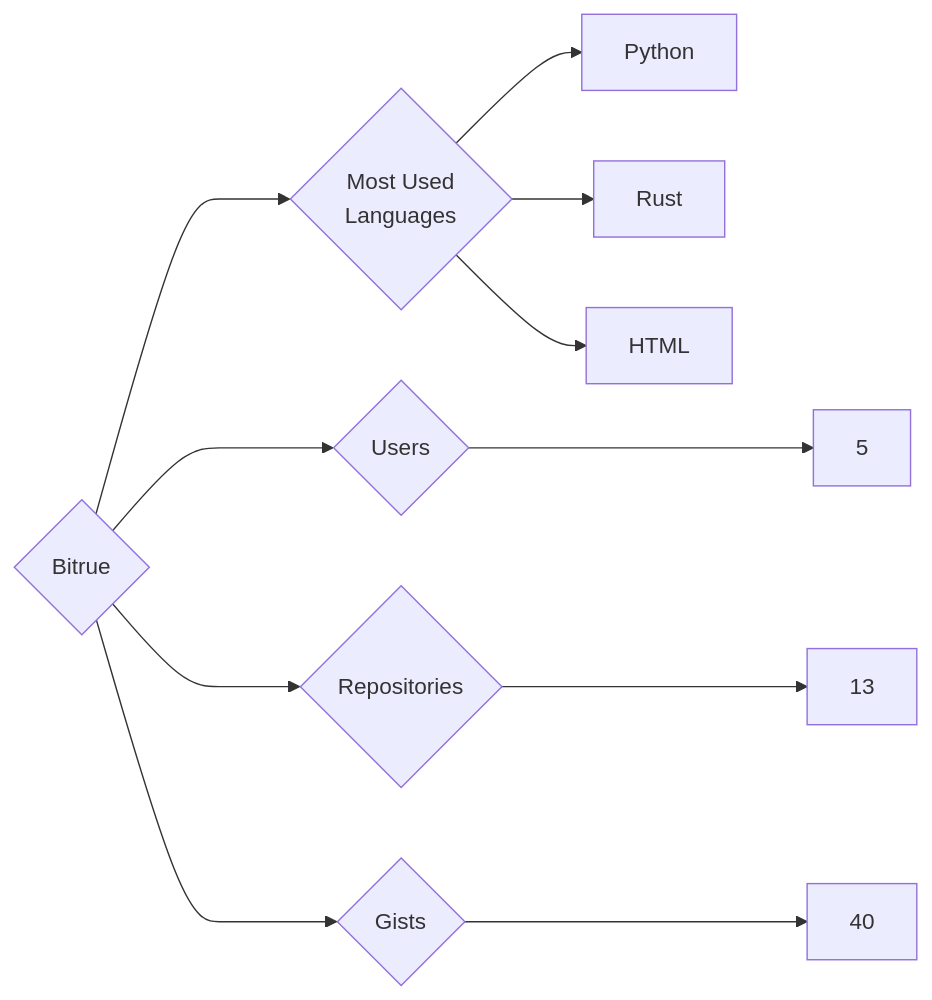
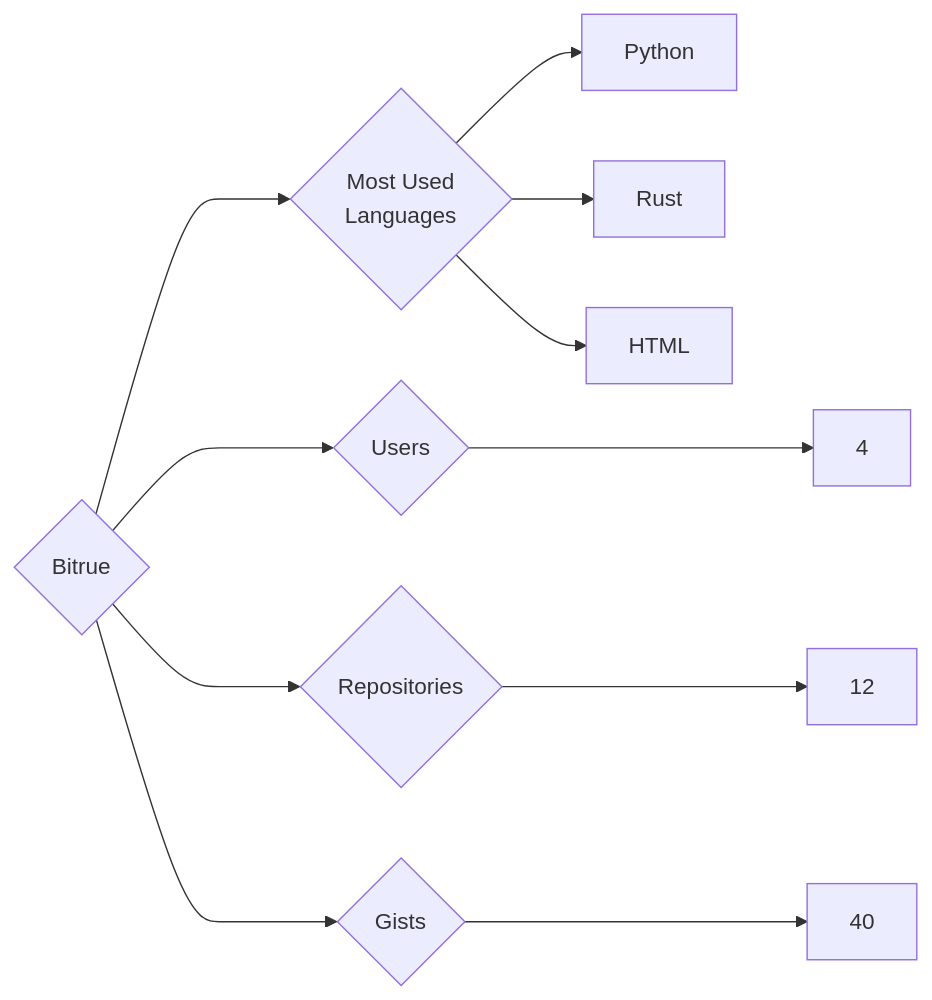
One commit to trickest/insiders changed the diagram in targets/Bitrue/README.md. Above: the diagram before and after it, drawn with Mermaid. The commit also changed 873 other files, not shown here.

````diff
--- a/targets/Bitrue/README.md
+++ b/targets/Bitrue/README.md
@@ -3,11 +3,11 @@
 ```mermaid
 graph LR
 COMPANY_NAME{Bitrue}
-COMPANY_NAME ---> U{Users} ---> UN[5]
-COMPANY_NAME ---> R{Repositories} ---> RN[13]
+COMPANY_NAME ---> U{Users} ---> UN[4]
+COMPANY_NAME ---> R{Repositories} ---> RN[12]
 COMPANY_NAME ---> G{Gists} ---> GN[40]
 COMPANY_NAME ---> ML{Most Used<br>Languages}
 ML --> Python[Python]
 ML --> Rust[Rust]
 ML --> HTML[HTML]
 ```
````
